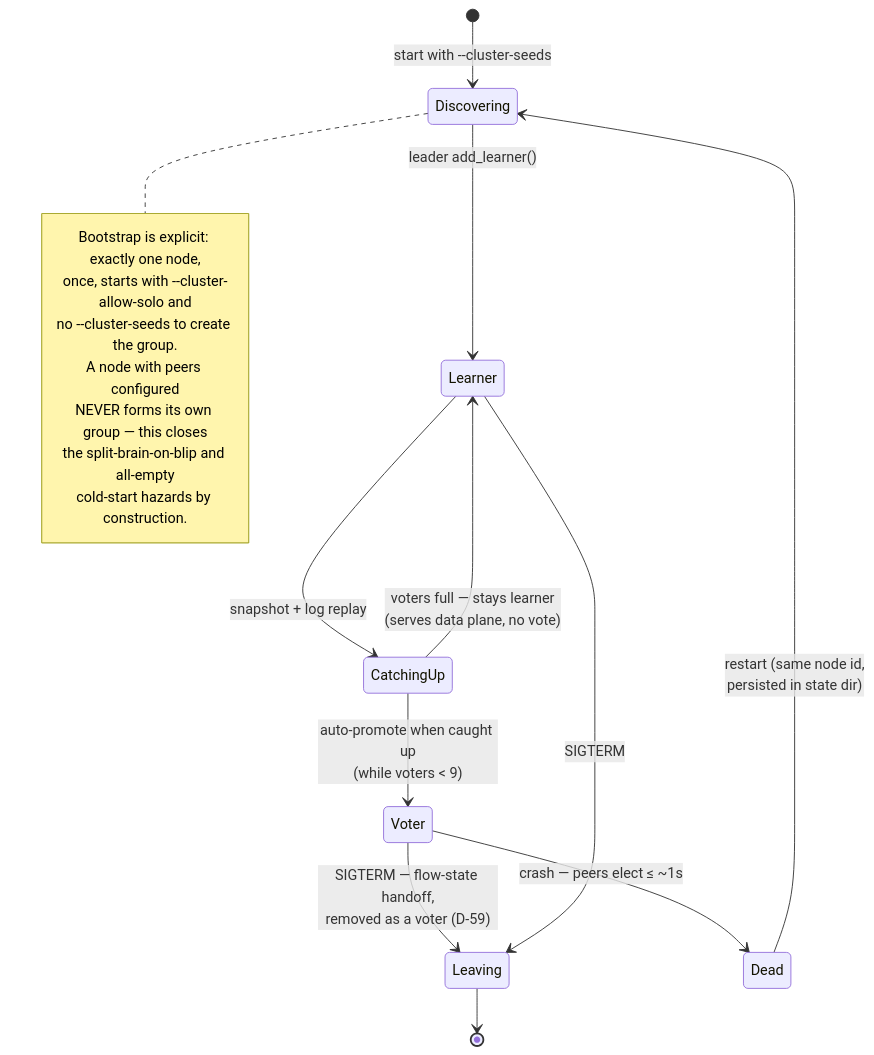
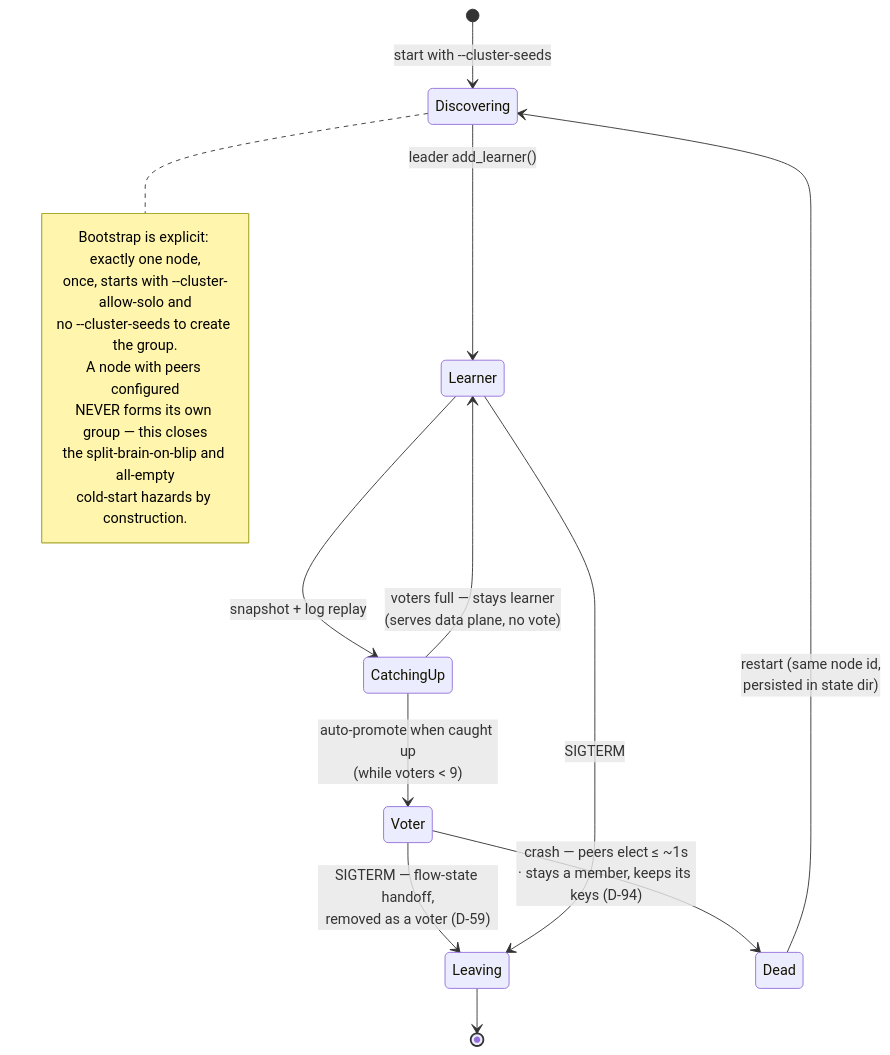
The second of 2 diagrams in docs/architecture/03-control-plane.md (achird-labs/rift-cluster), drawn with Mermaid before and after one commit. The commit also changed other lines of this file and 8 other files, not shown here.

First line of the commit message:
docs(cluster): the ring is the voter set, and a crash does not hand off ownership (D-93, D-94) (#642)

````diff
--- a/docs/architecture/03-control-plane.md
+++ b/docs/architecture/03-control-plane.md
@@ -89,23 +89,23 @@
 ```mermaid
 stateDiagram-v2
     [*] --> Discovering : start with --cluster-seeds
     Discovering --> Learner : leader add_learner()
     Learner --> CatchingUp : snapshot + log replay
     CatchingUp --> Voter : auto-promote when caught up<br/>(while voters < 9)
     CatchingUp --> Learner : voters full — stays learner<br/>(serves data plane, no vote)
     Voter --> Leaving : SIGTERM — flow-state handoff,<br/>removed as a voter (D-59)
     Learner --> Leaving : SIGTERM
     Leaving --> [*]
-    Voter --> Dead : crash — peers elect ≤ ~1s
+    Voter --> Dead : crash — peers elect ≤ ~1s<br/>· stays a member, keeps its keys (D-94)
     Dead --> Discovering : restart (same node id,<br/>persisted in state dir)
 
     note right of Discovering
         Bootstrap is explicit: exactly one node,
         once, starts with --cluster-allow-solo and
         no --cluster-seeds to create the group.
         A node with peers configured
         NEVER forms its own group — this closes
         the split-brain-on-blip and all-empty
         cold-start hazards by construction.
     end note
 ```
````
